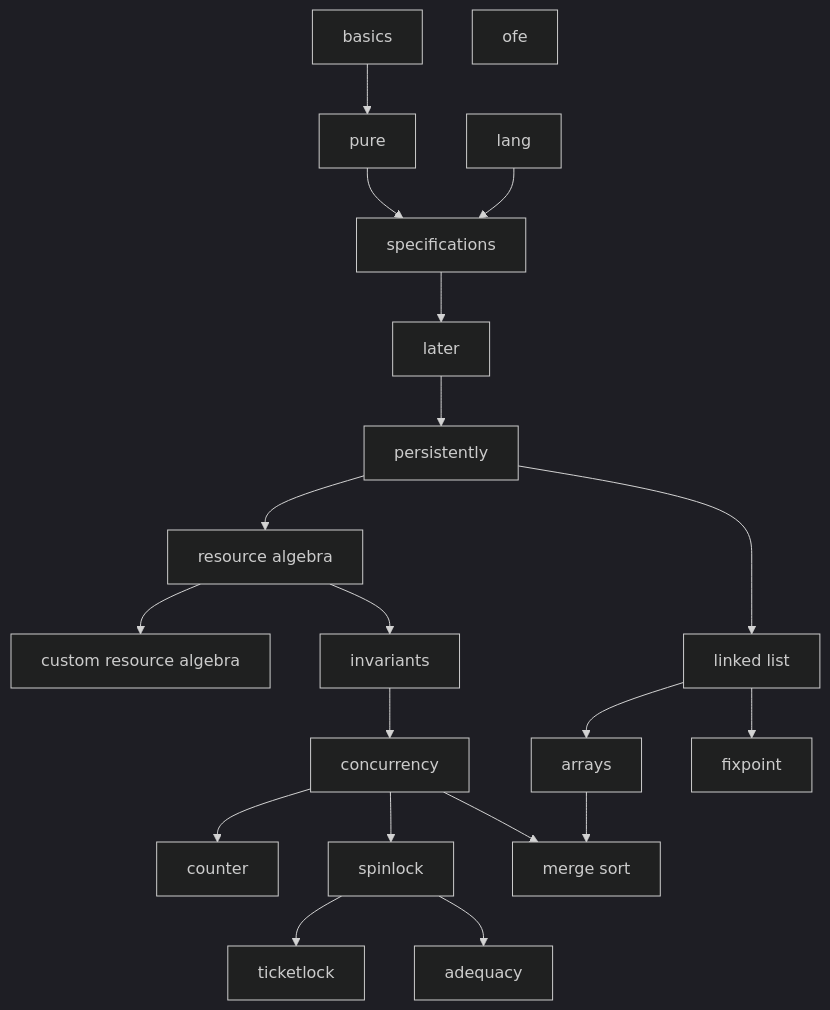
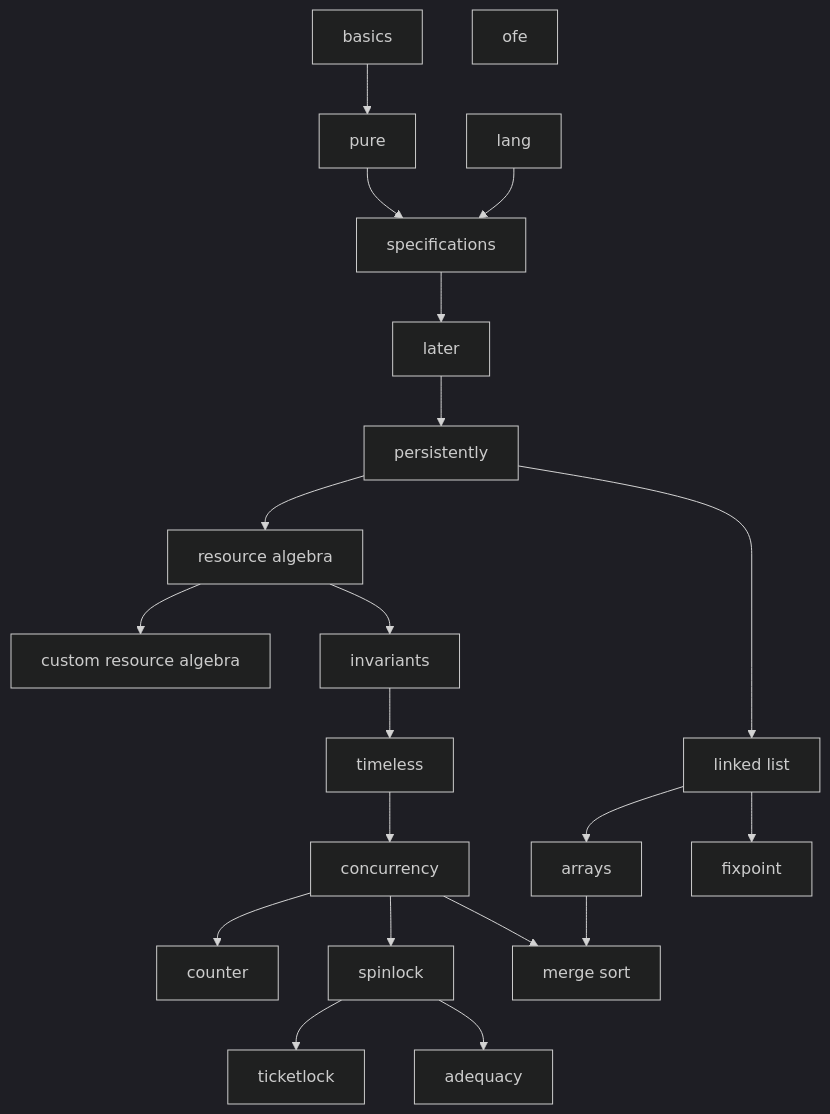
The diagram in graph.md (logsem/iris-tutorial), drawn with Mermaid (dark theme) before and after one commit. The commit also changed 6 other files, not shown here.

````diff
--- a/graph.md
+++ b/graph.md
@@ -1,28 +1,29 @@
 ```mermaid
 graph TD;
   basics --> pure;
   pure --> specs[specifications];
   lang --> specs;
   specs --> later;
   later -->  pers[persistently];
 
   pers -->  ra[resource algebra];
 
   ra --> cst_ra[custom resource algebra];
   ra --> invariants;
-  invariants --> conc[concurrency];
+  invariants --> timeless;
+  timeless --> conc[concurrency];
   
   conc --> counter;
   conc --> spinlock;
     spinlock --> ticketlock;
     spinlock --> adequacy;
 
   pers --> linklist[linked list];
   linklist --> arrays;
 
   linklist --> fix[fixpoint];
 
   conc --> merge;
   arrays --> merge[merge sort];
   ofe;
 ```
````
